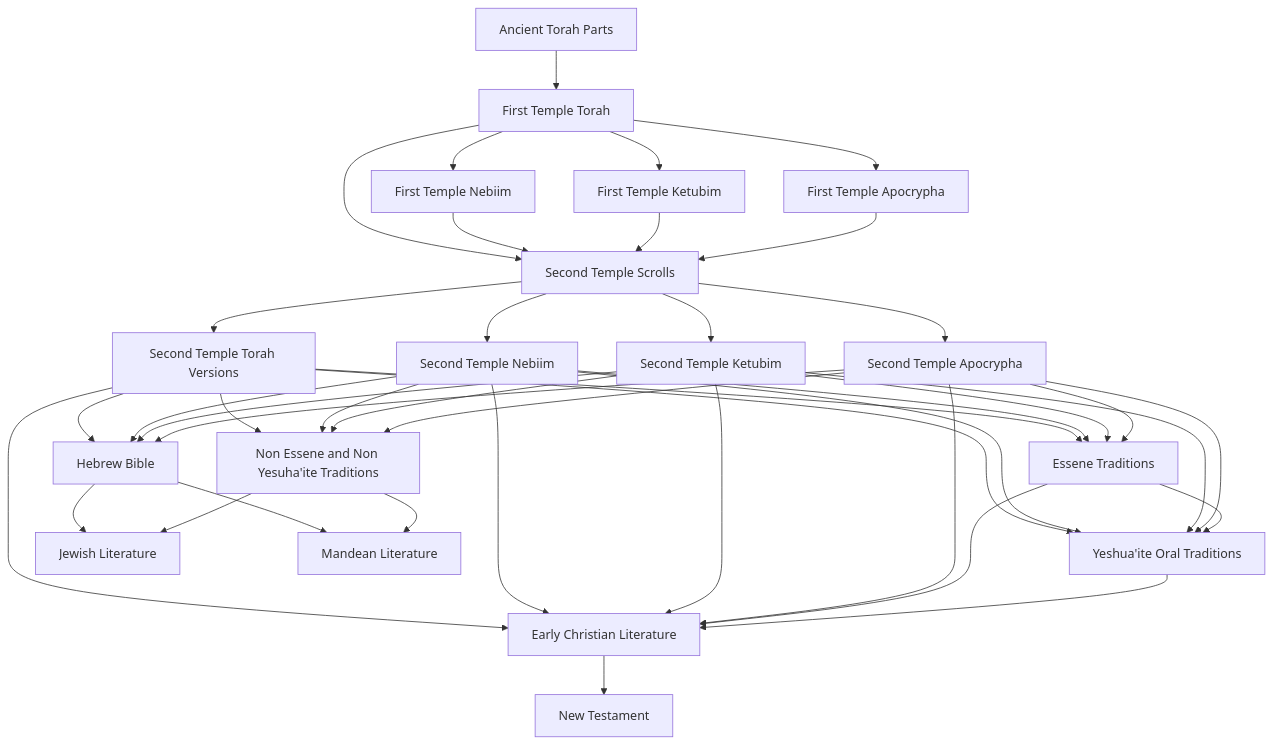
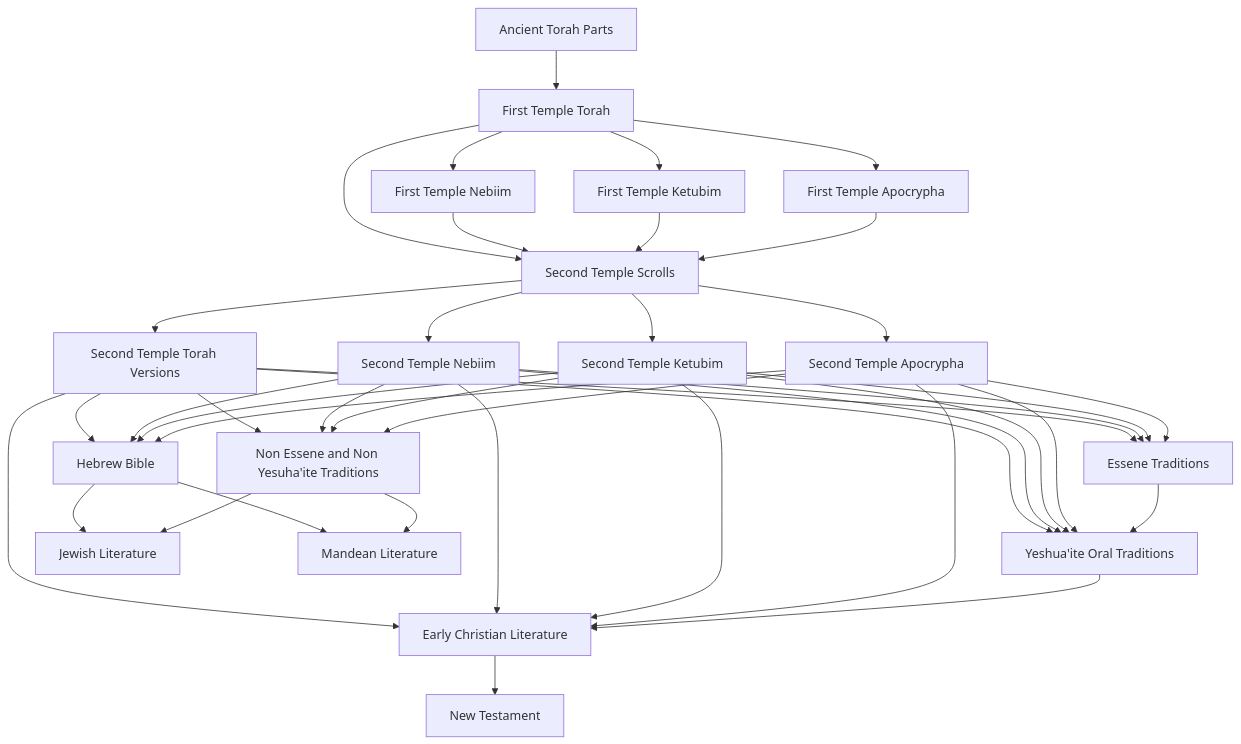
One commit to bendqh1/mermaid changed the diagram in judeo_christian_religious_literature.mermaid. Above: the diagram before and after it, drawn with Mermaid.

```diff
--- a/judeo_christian_religious_literature.mermaid
+++ b/judeo_christian_religious_literature.mermaid
@@ -1,23 +1,23 @@
 flowchart TD
     A1[Ancient Torah Parts]
     A1 --> A2[First Temple Torah]
     A2 --> A3[First Temple Nebiim] 
     A2 --> A4[First Temple Ketubim]
     A2 --> A5[First Temple Apocrypha]
     A2 & A3 & A4 & A5 --> B1[Second Temple Scrolls]
 
     B1 --> B2[Second Temple Torah Versions]
     B1 --> B3[Second Temple Nebiim]
     B1 --> B4[Second Temple Ketubim]
     B1 --> B5[Second Temple Apocrypha]
 
     B2 & B3 & B4 & B5 --> C1[Hebrew Bible]
     B2 & B3 & B4 & B5 --> C2[Essene Traditions]
     B2 & B3 & B4 & B5 --> C3[Non Essene and Non Yesuha'ite Traditions]
     B2 & B3 & B4 & B5 & C2 --> C4[Yeshua'ite Oral Traditions]
 
     C1 & C3 --> D1[Jewish Literature]
     C1 & C3 --> D2[Mandean Literature]
-    B2 & B3 & B4 & B5 & C2 & C4 --> D3[Early Christian Literature]
+    B2 & B3 & B4 & B5 & C4 --> D3[Early Christian Literature]
 
     D3 --> E1[New Testament]
```
